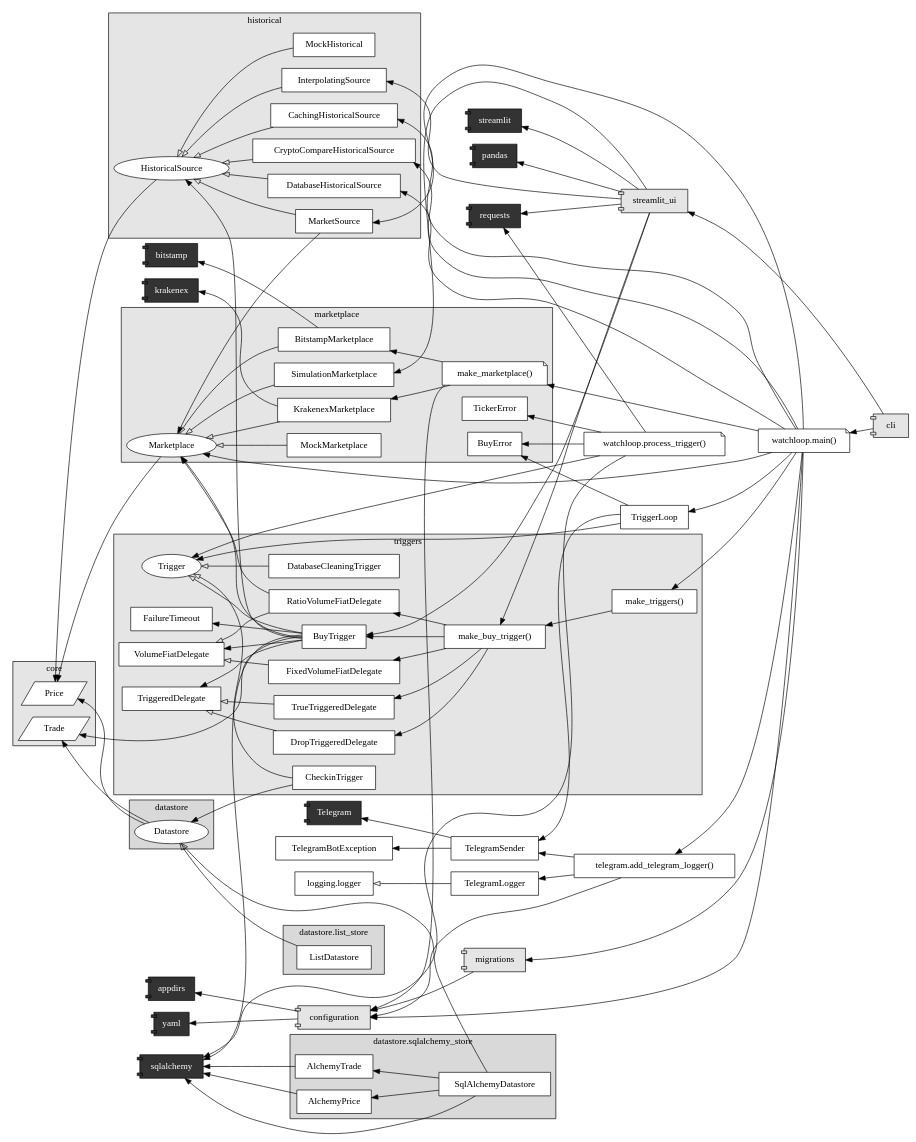
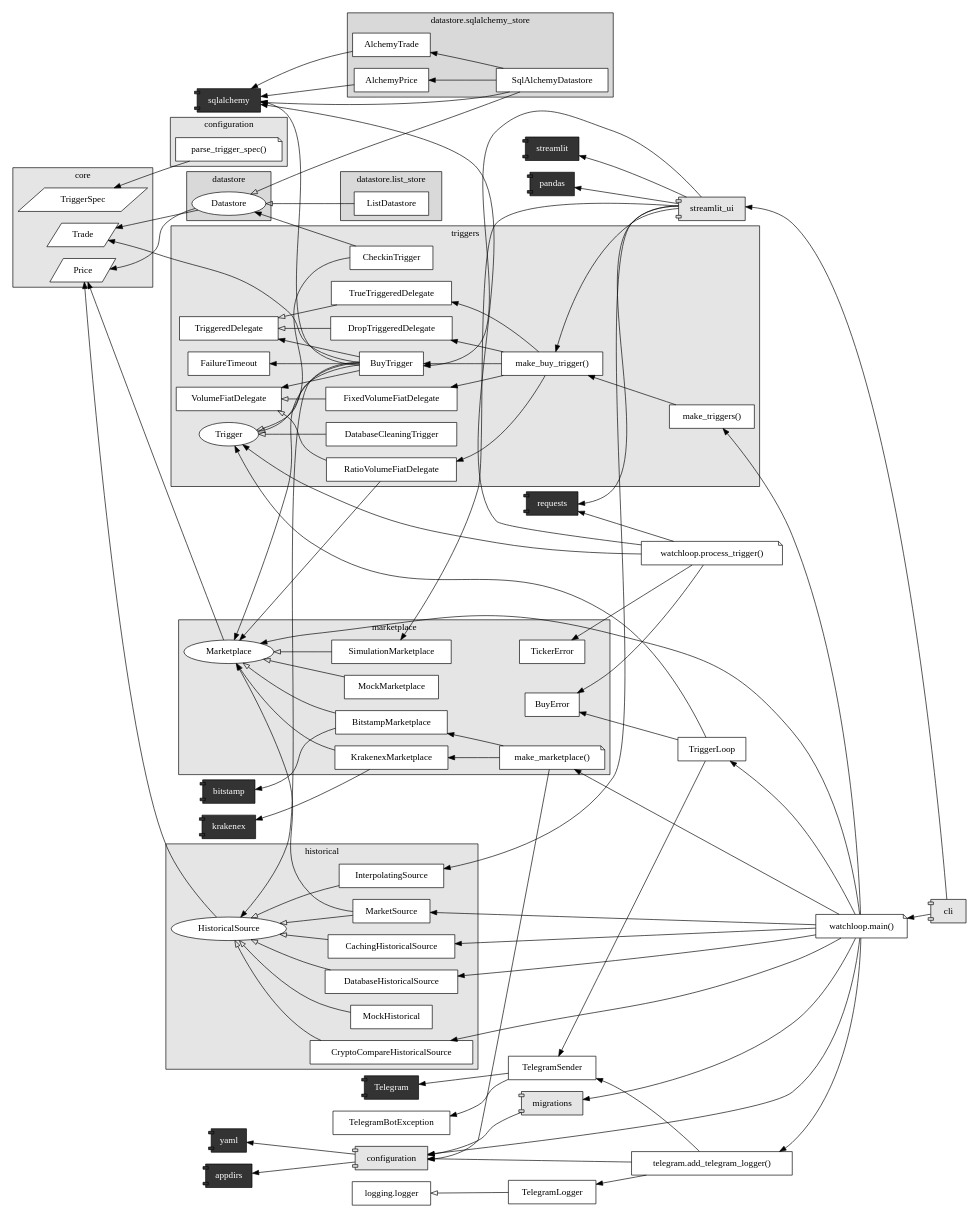
Before and after one commit to martin-ueding/vigilant-crypto-snatch: the diagram in docs/dev/graphs/architecture.dot, drawn with Graphviz. The commit also changed 4 other files, not shown here.

Commit message:
Split off trigger spec parsing

```diff
--- a/docs/dev/graphs/architecture.dot
+++ b/docs/dev/graphs/architecture.dot
@@ -44,6 +44,7 @@
 style=filled
 "Price" [shape=parallelogram]
 "Trade" [shape=parallelogram]
+"TriggerSpec" [shape=parallelogram]
 }
 
 subgraph cluster_datastore {
@@ -108,6 +109,18 @@
 "TriggeredDelegate"
 }
 
+subgraph cluster_configuration {
+label = "configuration"
+fillcolor = gray90
+style=filled
+"parse_trigger_spec()" [shape=note]
+"DropTriggeredDelegate"
+"FixedVolumeFiatDelegate"
+"VolumeFiatDelegate"
+"TriggeredDelegate"
+}
+
+
 {
 node [shape=box]
 "TelegramBotException"
@@ -132,6 +145,8 @@
 }
 
 
+
+"parse_trigger_spec()" -> "TriggerSpec"
 "AlchemyPrice" -> "sqlalchemy"
 "AlchemyTrade" -> "sqlalchemy"
 "BitstampMarketplace" -> "bitstamp"
```
